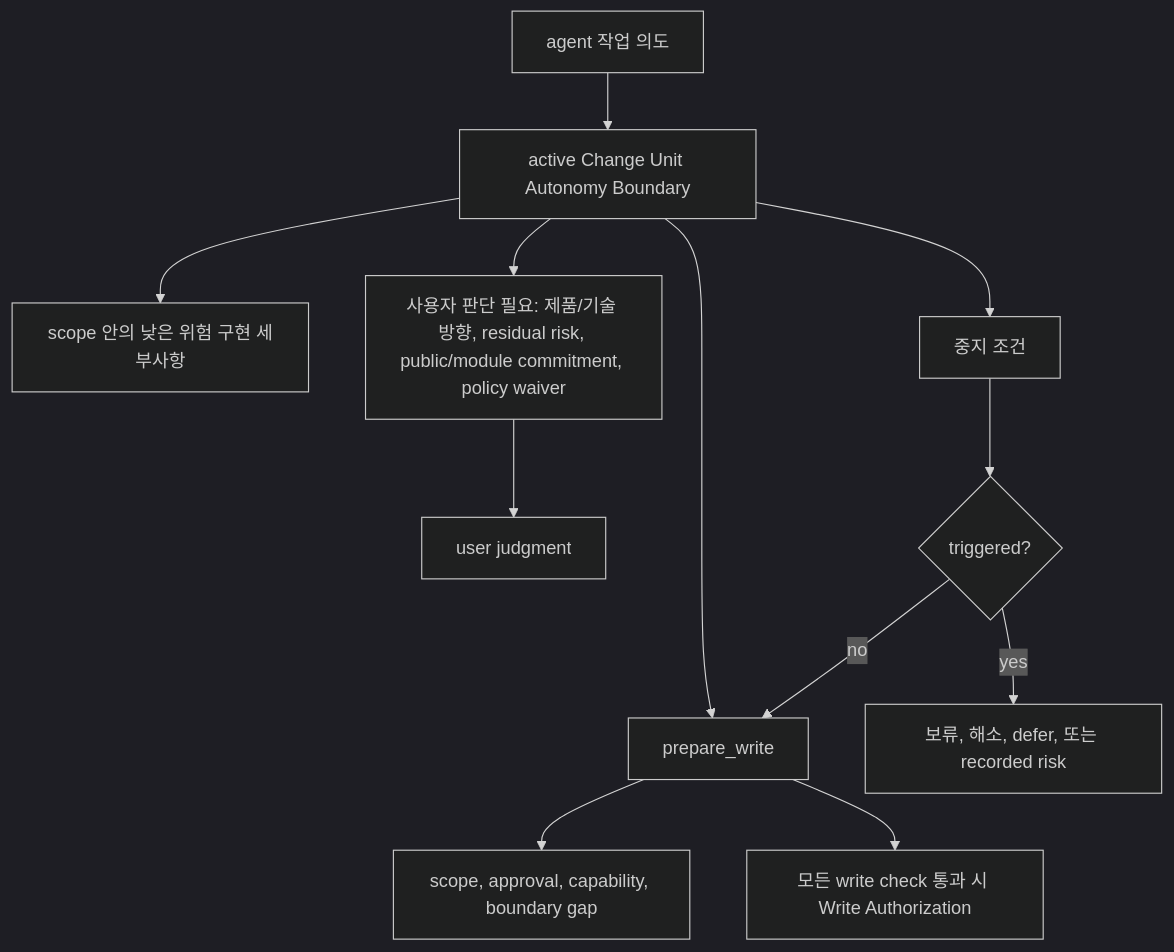
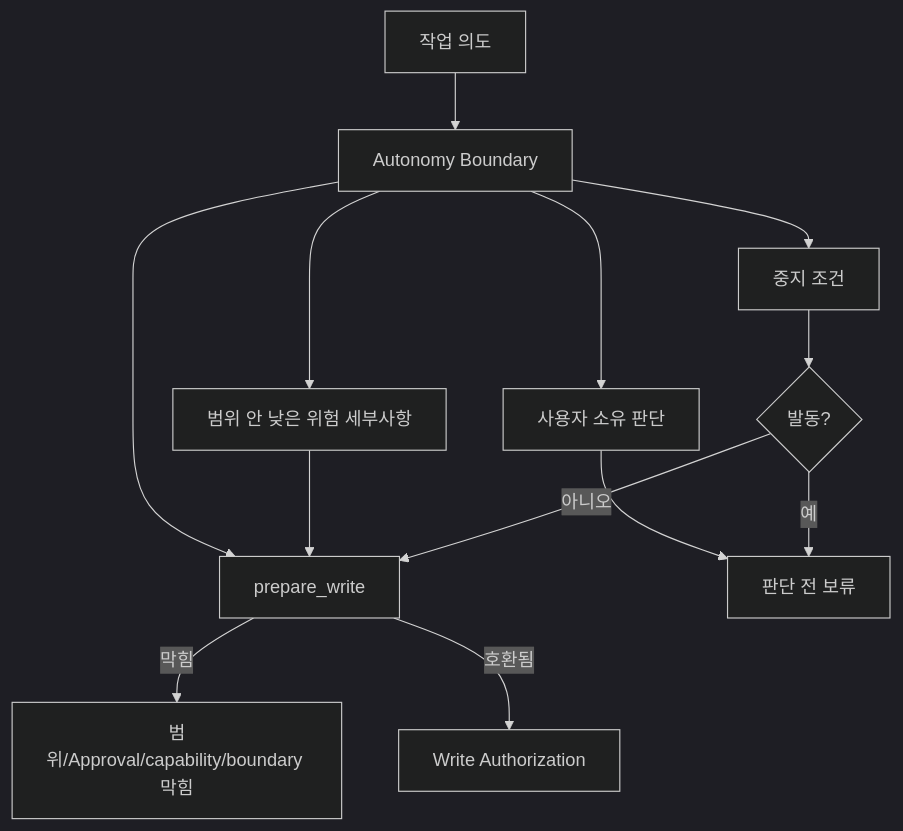
Before and after one commit to minjungw00/Harness_Project: the first of 2 diagrams in docs/ko/reference/design-quality-policies.md, drawn with Mermaid (dark theme). The commit also changed other lines of this file and 15 other files, not shown here.

Commit message:
docs: simplify and audit Harness diagrams

````diff
--- a/docs/ko/reference/design-quality-policies.md
+++ b/docs/ko/reference/design-quality-policies.md
@@ -235,15 +235,16 @@
 ```mermaid
 flowchart TD
-  Intent["agent 작업 의도"] --> Boundary["active Change Unit Autonomy Boundary"]
-  Boundary --> MayDo["scope 안의 낮은 위험 구현 세부사항"]
-  Boundary --> UserJudgment["사용자 판단 필요: 제품/기술 방향, residual risk, public/module commitment, policy waiver"]
+  Intent["작업 의도"] --> Boundary["Autonomy Boundary"]
+  Boundary --> MayDo["범위 안 낮은 위험 세부사항"]
+  Boundary --> UserJudgment["사용자 소유 판단"]
   Boundary --> Stops["중지 조건"]
   Boundary --> Prepare["prepare_write"]
 
-  UserJudgment --> Packet["user judgment"]
-  Stops --> StopTriggered{"triggered?"}
-  StopTriggered -- yes --> Hold["보류, 해소, defer, 또는 recorded risk"]
-  StopTriggered -- no --> Prepare
-  Prepare --> Blockers["scope, approval, capability, boundary gap"]
-  Prepare --> WriteAuth["모든 write check 통과 시 Write Authorization"]
+  MayDo --> Prepare
+  UserJudgment --> Hold["판단 전 보류"]
+  Stops --> StopTriggered{"발동?"}
+  StopTriggered -->|예| Hold
+  StopTriggered -->|아니오| Prepare
+  Prepare -->|막힘| Blockers["범위/Approval/capability/boundary 막힘"]
+  Prepare -->|호환됨| WriteAuth["Write Authorization"]
 ```
````
